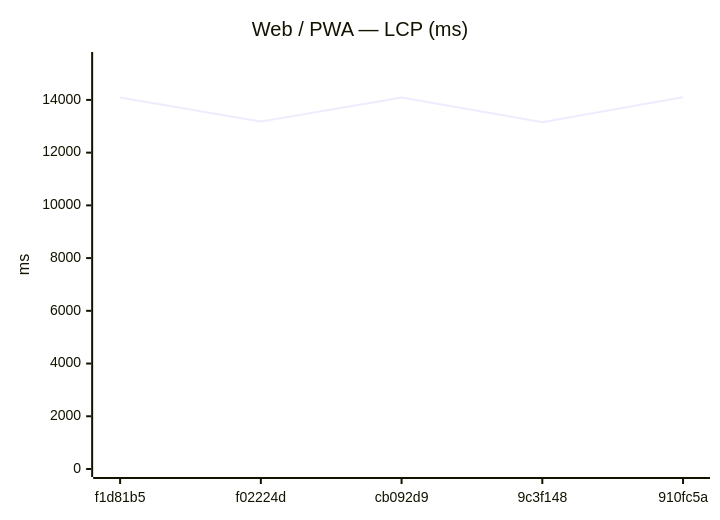
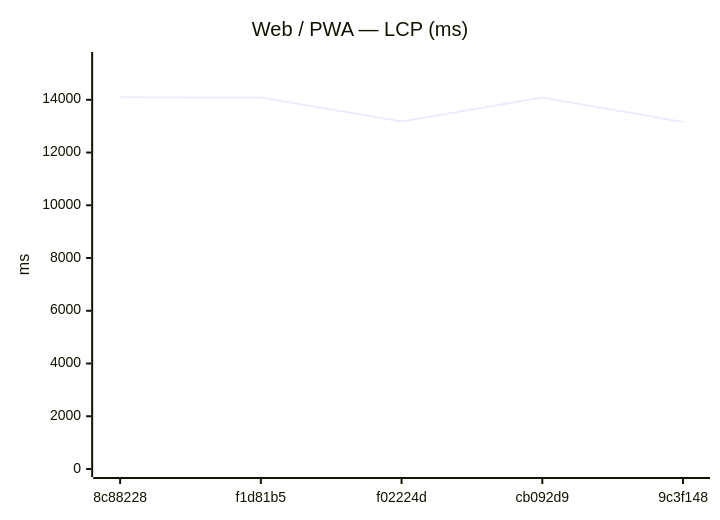
One commit to Metaheurist/Rianell changed the seventh of 18 diagrams in benchmarks/compare.md. Above: the diagram before and after it, drawn with Mermaid. The commit also changed other lines of this file and 11 other files, not shown here.

````diff
--- a/benchmarks/compare.md
+++ b/benchmarks/compare.md
@@ -117,7 +117,7 @@
 ```mermaid
 xychart-beta
     title "Web / PWA — LCP (ms)"
-    x-axis ["f1d81b5", "f02224d", "cb092d9", "9c3f148", "910fc5a"]
-    y-axis "ms" 0 --> 15514
-    line [14091, 13178, 14089, 13157, 14103]
+    x-axis ["8c88228", "f1d81b5", "f02224d", "cb092d9", "9c3f148"]
+    y-axis "ms" 0 --> 15509
+    line [14099, 14091, 13178, 14089, 13157]
 ```
````
